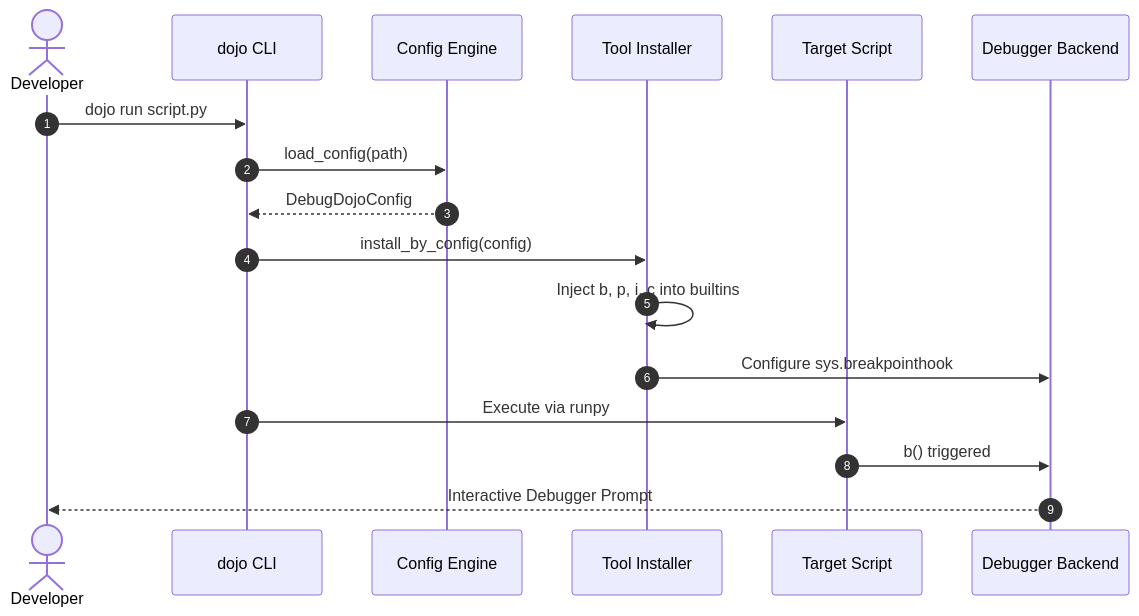
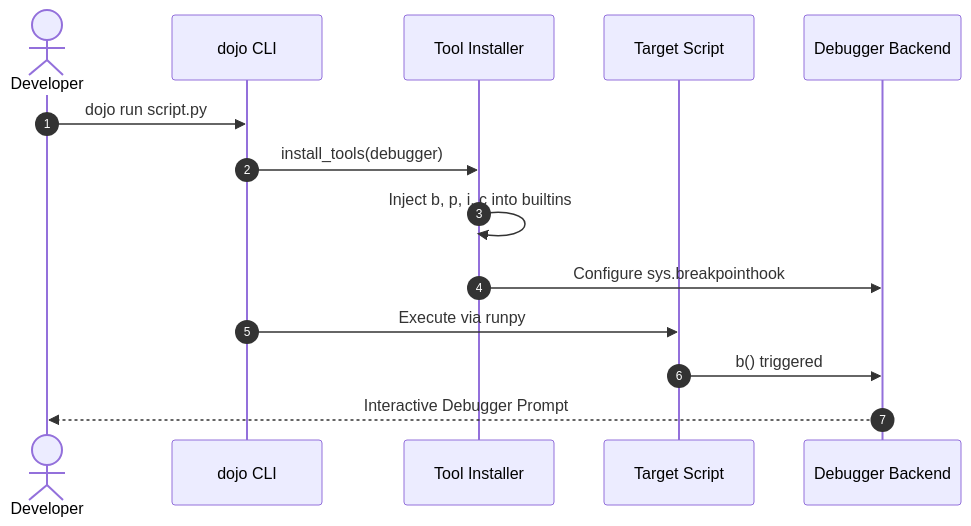
One commit to bwrob/debug-dojo changed the second of 3 diagrams in docs/getting-started.md. Above: the diagram before and after it, drawn with Mermaid. The commit also changed other lines of this file and 28 other files, not shown here.

First line of the commit message:
refactor: make debug-dojo opinionated, zero-config, and debugger-agnostic (#145)

````diff
--- a/docs/getting-started.md
+++ b/docs/getting-started.md
@@ -168,20 +166,17 @@
 ```mermaid
 sequenceDiagram
     autonumber
     actor Dev as Developer
     participant CLI as dojo CLI
-    participant Cfg as Config Engine
     participant Inst as Tool Installer
     participant Target as Target Script
     participant Dbg as Debugger Backend
 
     Dev->>CLI: dojo run script.py
-    CLI->>Cfg: load_config(path)
-    Cfg-->>CLI: DebugDojoConfig
-    CLI->>Inst: install_by_config(config)
+    CLI->>Inst: install_tools(debugger)
     Inst->>Inst: Inject b, p, i, c into builtins
     Inst->>Dbg: Configure sys.breakpointhook
     CLI->>Target: Execute via runpy
     Target->>Dbg: b() triggered
     Dbg-->>Dev: Interactive Debugger Prompt
 ```
````
